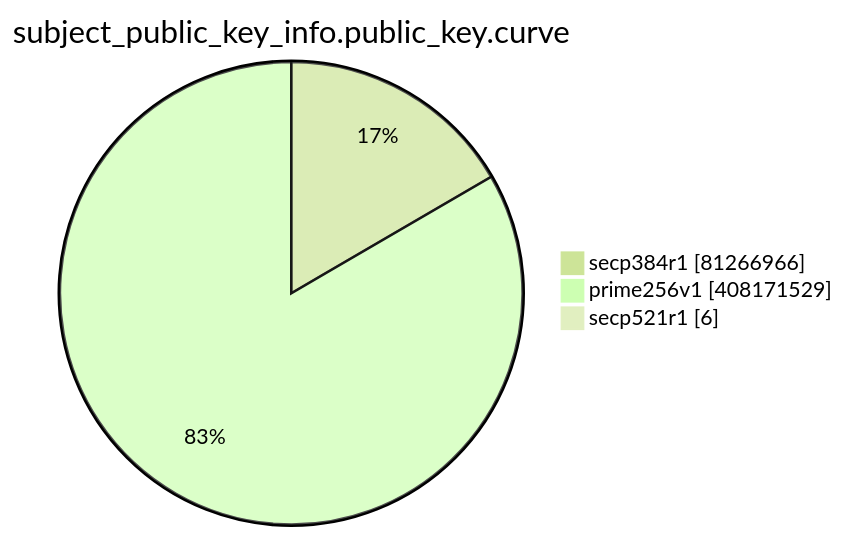
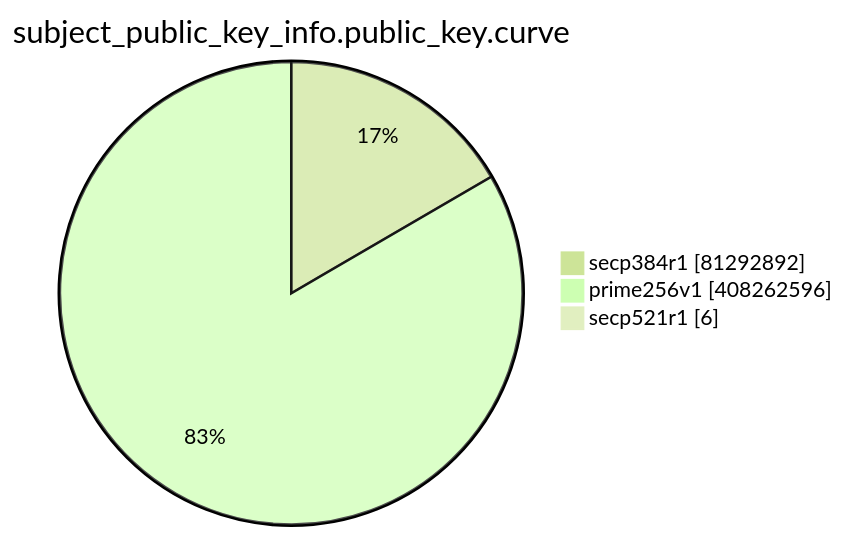
One commit to christiankrug/ctmonitor_visualization changed the eighth of 15 diagrams in TOTAL/README.md. Above: the diagram before and after it, drawn with Mermaid (forest theme). The commit also changed other lines of this file, not shown here.

````diff
--- a/TOTAL/README.md
+++ b/TOTAL/README.md
@@ -3096,7 +3096,7 @@
 ```mermaid
 pie showData
 title subject_public_key_info.public_key.curve
-"secp384r1" :81266966
-"prime256v1" :408171529
+"secp384r1" :81292892
+"prime256v1" :408262596
 "secp521r1" :6
 ```
````
